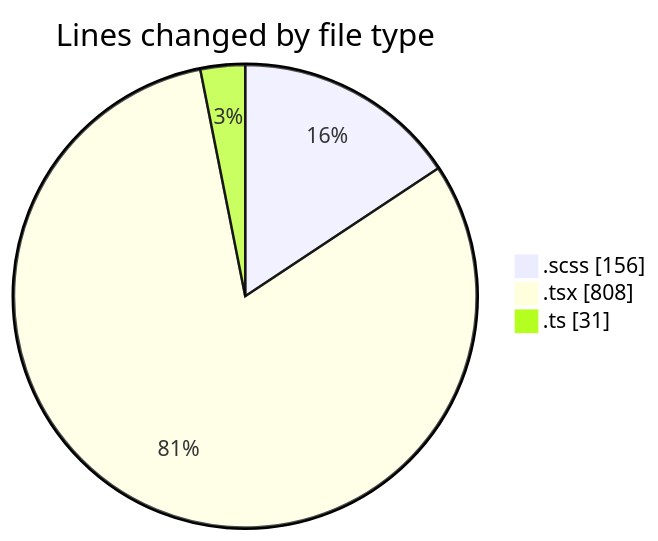
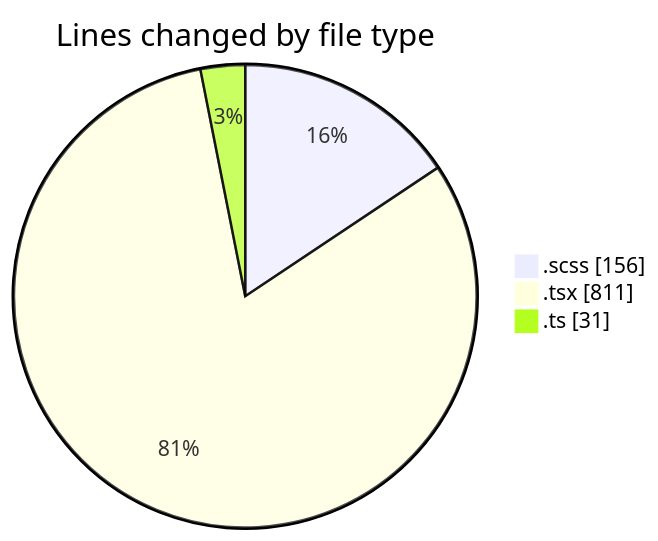
One commit to momahboobian/code-tracking changed the first of 2 diagrams in 2025-02-10/cda/README.md. Above: the diagram before and after it, drawn with Mermaid. The commit also changed other lines of this file and 1 other file, not shown here.

````diff
--- a/2025-02-10/cda/README.md
+++ b/2025-02-10/cda/README.md
@@ -25,7 +25,7 @@
 ```mermaid
 pie showData
 title Lines changed by file type
 ".scss" : 156
-".tsx" : 808
+".tsx" : 811
 ".ts" : 31
 ```
````
